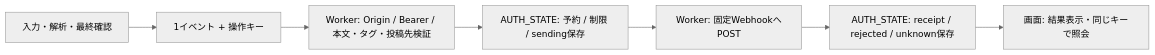
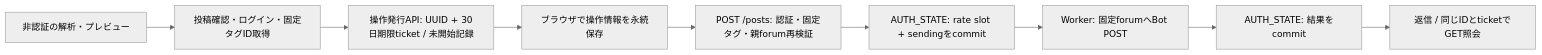
The diagram in worker/docs/phase3/DESIGN.md (p156/discord-event-poster), drawn with Mermaid (neutral theme) before and after one commit. The commit also changed other lines of this file and 3 other files, not shown here.

```diff
--- a/worker/docs/phase3/DESIGN.md
+++ b/worker/docs/phase3/DESIGN.md
@@ -112,9 +134,11 @@
 ~~~mermaid
 flowchart LR
-  A["入力・解析・最終確認"] --> B["1イベント + 操作キー"]
-  B --> C["Worker: Origin / Bearer / 本文・タグ・投稿先検証"]
-  C --> D["AUTH_STATE: 予約 / 制限 / sending保存"]
-  D --> E["Worker: 固定WebhookへPOST"]
-  E --> F["AUTH_STATE: receipt / rejected / unknown保存"]
-  F --> G["画面: 結果表示・同じキーで照会"]
+  A["非認証の解析・プレビュー"] --> B["投稿確認・ログイン・固定タグID取得"]
+  B --> C["操作発行API: UUID + 30日期限ticket / 未開始記録"]
+  C --> D["ブラウザで操作情報を永続保存"]
+  D --> E["POST /posts: 認証・固定タグ・親forum再検証"]
+  E --> F["AUTH_STATE: rate slot + sendingをcommit"]
+  F --> G["Worker: 固定forumへBot POST"]
+  G --> H["AUTH_STATE: 結果をcommit"]
+  H --> I["返信 / 同じIDとticketでGET照会"]
 ~~~
```
